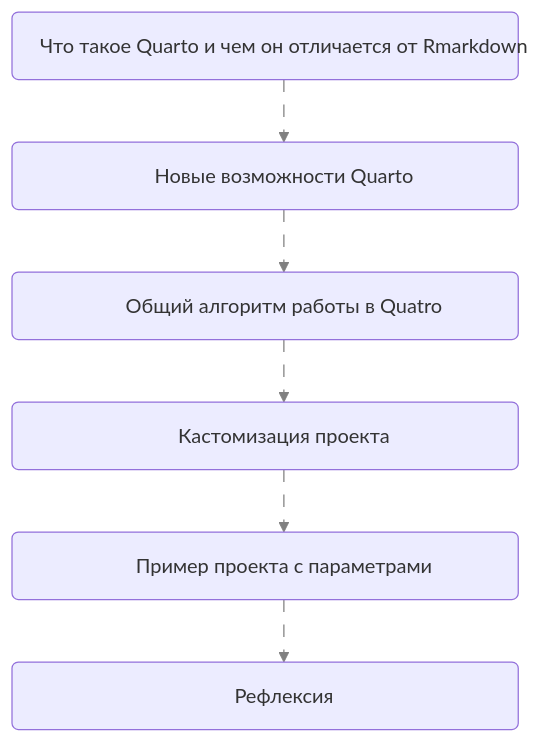
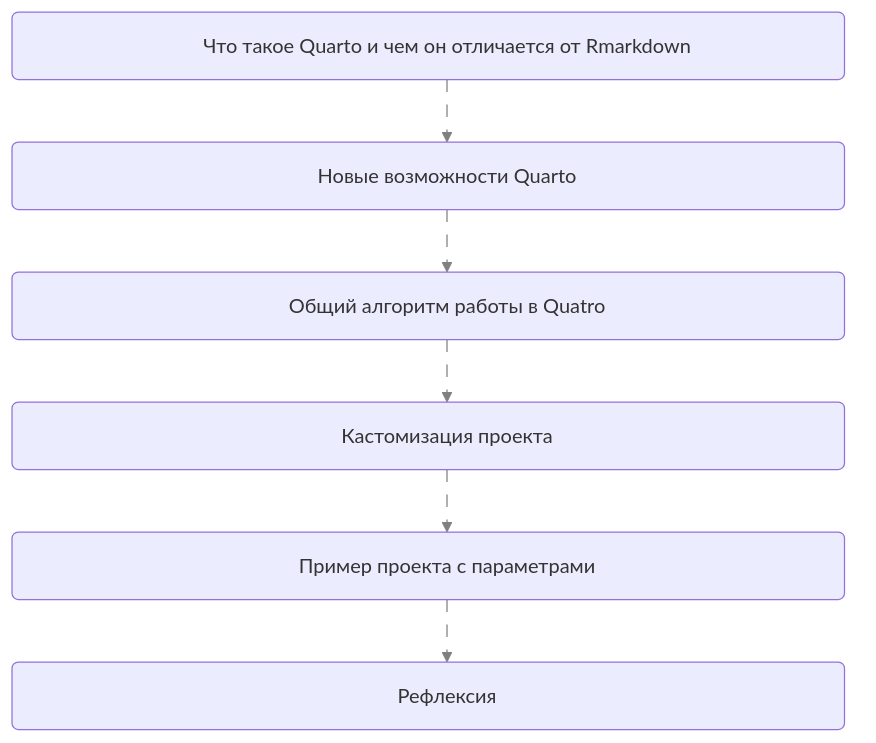
The diagram in 01-Quarto/common.qmd (Marwolaeth/OTUS_R4DA), drawn with Mermaid before and after one commit. The commit also changed other lines of this file and 14 other files, not shown here.

````diff
--- a/01-Quarto/common.qmd
+++ b/01-Quarto/common.qmd
@@ -92,23 +92,23 @@
 ```{mermaid webinar-route}
 %%| fig-align: left
 %%{ init: { 'flowchart': { 'curve': 'bumpX' } } }%%
 flowchart TD
   A(Что такое Quarto и чем он отличается от Rmarkdown)
   N(Новые возможности Quarto)
   G(Общий алгоритм работы в Quatro)
   C(Кастомизация проекта)
   E(Пример проекта с параметрами)
   R(Рефлексия)
   
   A --> N --> G --> C --> E --> R
   
-  classDef monowidth width:405px,float:left;
+  classDef monowidth width:666px,float:left;
   class A monowidth
   class N monowidth
   class G monowidth
   class C monowidth
   class E monowidth
   class R monowidth
   
   linkStyle default fill:none,stroke-dasharray:10,stroke:grey;
 ```
````
